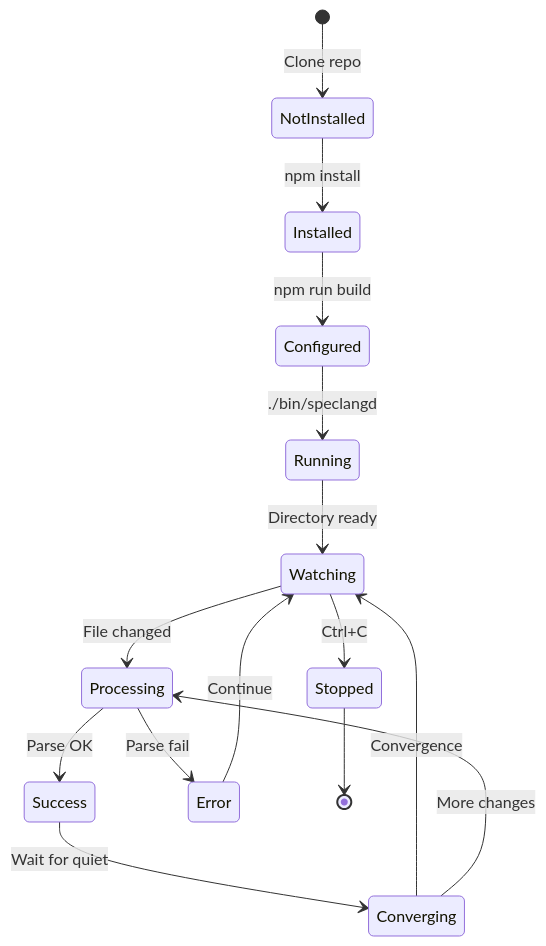
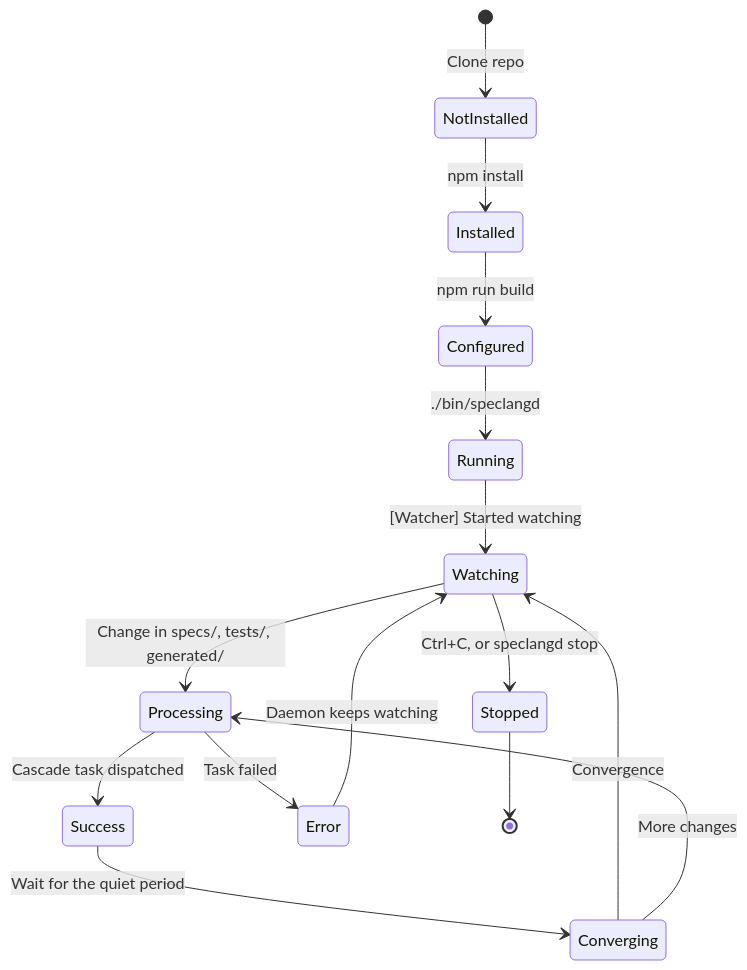
The diagram in specs/roadmap.spec.dir/poc.spec.dir/user-flows.spec.md (dexdat/SpecLang), drawn with Mermaid before and after one commit. The commit also changed other lines of this file, not shown here.

````diff
--- a/specs/roadmap.spec.dir/poc.spec.dir/user-flows.spec.md
+++ b/specs/roadmap.spec.dir/poc.spec.dir/user-flows.spec.md
@@ -257,17 +334,17 @@
 ```mermaid
 stateDiagram-v2
     [*] --> NotInstalled: Clone repo
     NotInstalled --> Installed: npm install
     Installed --> Configured: npm run build
     Configured --> Running: ./bin/speclangd
-    Running --> Watching: Directory ready
-    Watching --> Processing: File changed
-    Processing --> Success: Parse OK
-    Processing --> Error: Parse fail
-    Error --> Watching: Continue
-    Success --> Converging: Wait for quiet
+    Running --> Watching: [Watcher] Started watching
+    Watching --> Processing: Change in specs/, tests/, generated/
+    Processing --> Success: Cascade task dispatched
+    Processing --> Error: Task failed
+    Error --> Watching: Daemon keeps watching
+    Success --> Converging: Wait for the quiet period
     Converging --> Watching: Convergence
     Converging --> Processing: More changes
-    Watching --> Stopped: Ctrl+C
+    Watching --> Stopped: Ctrl+C, or speclangd stop
     Stopped --> [*]
 ```
````
